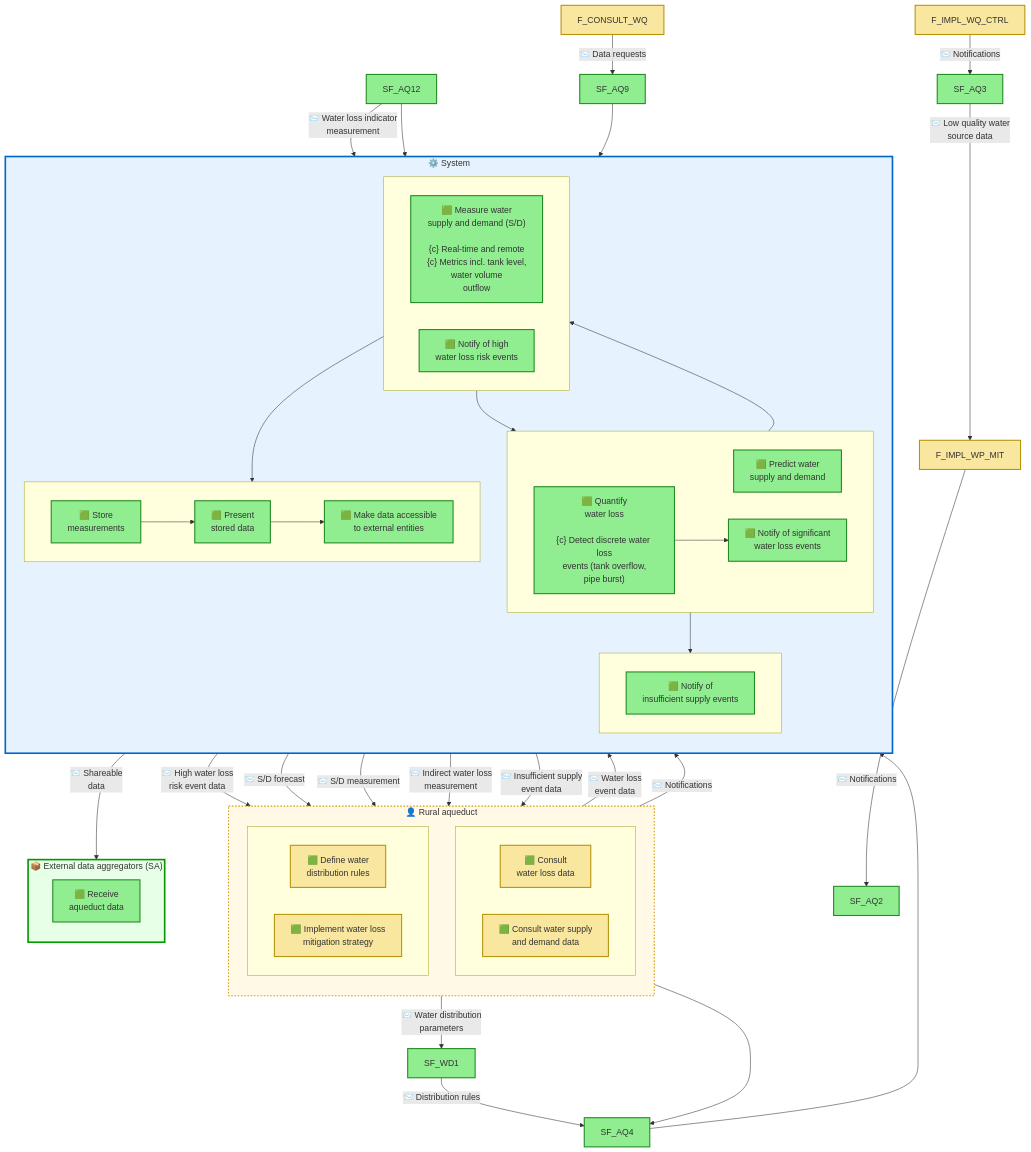
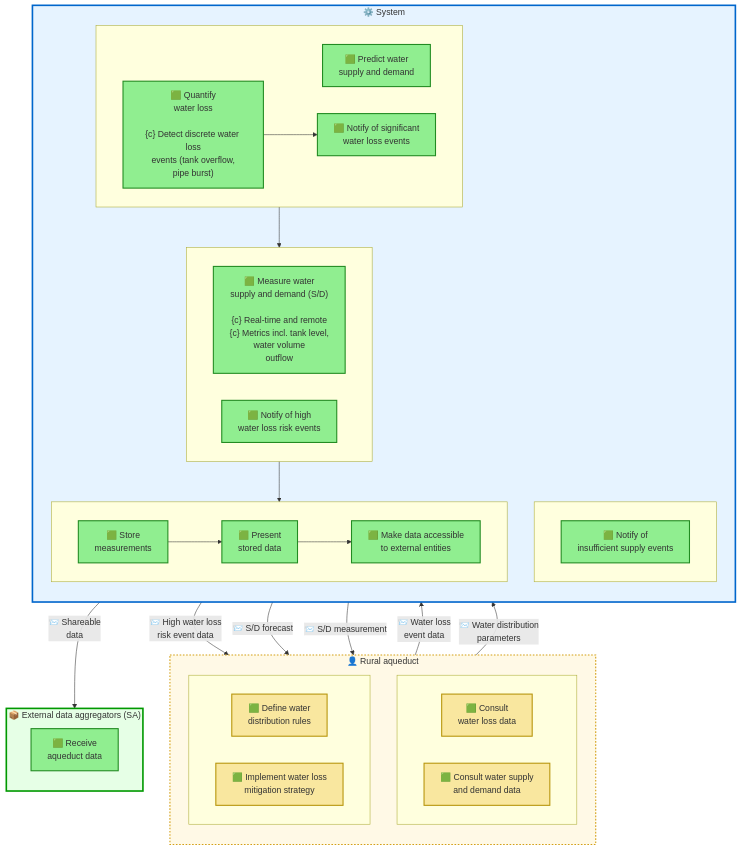
The diagram in se/system_architecture.mmd (DeltaLabo/ASADA_Paso_Ancho), drawn with Mermaid before and after one commit. The commit also changed 1 other file, not shown here.

```diff
--- a/se/system_architecture.mmd
+++ b/se/system_architecture.mmd
@@ -1,101 +1,81 @@
 flowchart TB
     subgraph RuralAqueductActors["👤 Rural aqueduct"]
         direction TB
         
         subgraph ActorRow1[" "]
             direction LR
             F_CONSULT_WL["🟩 Consult<br/>water loss data"]
             F_CONSULT_SD["🟩 Consult water supply<br/>and demand data"]
         end
         
         subgraph ActorRow2[" "]
             direction LR
             F_DEF_DIST["🟩 Define water<br/>distribution rules"]
             F_IMPL_WL_MIT["🟩 Implement water loss<br/>mitigation strategy"]
         end
     end
 
     subgraph ExtDataAgg["📦 External data aggregators (SA)"]
         direction TB
         SF_ED1["🟩 Receive<br/>aqueduct data"]
     end
 
     subgraph RuralAqueductSystem["⚙️ System"]
         direction TB
 
         subgraph Row2[" "]
             direction LR
             SF_AQ5["🟩 Notify of<br/>insufficient supply events"]
         end
 
         subgraph Row3[" "]
             direction LR
             SF_AQ6["🟩 Predict water<br/>supply and demand"]
             SF_AQ7["🟩 Notify of significant<br/>water loss events"]
             SF_AQ8["🟩 Quantify<br/>water loss<br/><br/>{c} Detect discrete water loss<br/>events (tank overflow,<br/>pipe burst)"]
         end
 
         subgraph Row4[" "]
             direction LR
             SF_AQ10["🟩 Measure water<br/>supply and demand (S/D)<br/><br/>{c} Real-time and remote<br/>{c} Metrics incl. tank level,<br/>water volume<br/>outflow"]
             SF_AQ11["🟩 Notify of high<br/>water loss risk events"]
         end
 
         subgraph Row5[" "]
             direction LR
             SF_AQ13["🟩 Make data accessible<br/>to external entities"]
             SF_AQ14["🟩 Present<br/>stored data"]
             SF_AQ15["🟩 Store<br/>measurements"]
         end
     end
 
     %% Actor to System functional exchanges
-    F_CONSULT_WQ -->|"📨 Data requests"| SF_AQ9
-    
-    F_IMPL_WQ_CTRL -->|"📨 Notifications"| SF_AQ3
-    
     F_CONSULT_WL -->|"📨 Water loss<br/>event data"| SF_AQ8
     SF_AQ8 -->|"📨 High water loss<br/>risk event data"| F_CONSULT_WL
     
-    F_CONSULT_SD -->|"📨 Water distribution<br/>parameters"| SF_WD1
-    SF_WD1 -->|"📨 Distribution rules"| SF_AQ4
+    F_CONSULT_SD -->|"📨 Water distribution<br/>parameters"| SF_AQ6
     SF_AQ6 -->|"📨 S/D forecast"| F_CONSULT_SD
     SF_AQ10 -->|"📨 S/D measurement"| F_CONSULT_SD
-    
-    F_IMPL_WP_MIT -->|"📨 Notifications"| SF_AQ2
-    SF_AQ3 -->|"📨 Low quality water<br/>source data"| F_IMPL_WP_MIT
-
-    F_DEF_DIST --> SF_AQ4
-
-    F_IMPL_WL_MIT -->|"📨 Notifications"| SF_AQ7
-    SF_AQ7 -->|"📨 Indirect water loss<br/>measurement"| F_IMPL_WL_MIT
-    SF_AQ5 -->|"📨 Insufficient supply<br/>event data"| F_IMPL_WL_MIT
 
     %% External data aggregators exchange
     SF_AQ13 -->|"📨 Shareable<br/>data"| SF_ED1
 
     %% Internal System exchanges
     SF_AQ8 --> SF_AQ7
     SF_AQ8 --> SF_AQ11
-    SF_AQ12 -->|"📨 Water loss indicator<br/>measurement"| SF_AQ8
-    SF_AQ12 --> SF_AQ11
-    SF_AQ9 --> SF_AQ15
     SF_AQ10 --> SF_AQ15
     SF_AQ15 --> SF_AQ14
     SF_AQ14 --> SF_AQ13
-    SF_AQ4 --> SF_AQ6
-    SF_AQ6 --> SF_AQ5
-    SF_AQ11 --> SF_AQ7
 
     %% Styling
     classDef actorFunctionClass fill:#f9e79f,stroke:#b7950b,stroke-width:2px
     classDef systemFunctionClass fill:#90ee90,stroke:#228b22,stroke-width:2px
     classDef systemClass fill:#e6f3ff,stroke:#0066cc,stroke-width:3px
     classDef externalClass fill:#e6ffe6,stroke:#009900,stroke-width:3px
     classDef actorContainerClass fill:#fff9e6,stroke:#d4a017,stroke-width:2px,stroke-dasharray: 3 3
 
-    class F_CONSULT_WQ,F_IMPL_WQ_CTRL,F_CONSULT_WL,F_CONSULT_SD,F_IMPL_WQ_STD,F_IMPL_WP_MIT,F_DEF_DIST,F_IMPL_WL_MIT actorFunctionClass
-    class SF_WQ1,SF_ED1,SF_WD1,SF_AQ1,SF_AQ2,SF_AQ3,SF_AQ4,SF_AQ5,SF_AQ6,SF_AQ7,SF_AQ8,SF_AQ9,SF_AQ10,SF_AQ11,SF_AQ12,SF_AQ13,SF_AQ14,SF_AQ15 systemFunctionClass
-    class RuralAqueductSystem,WaterDist,WQEvaluator systemClass
+    class F_CONSULT_WL,F_CONSULT_SD,F_DEF_DIST,F_IMPL_WL_MIT actorFunctionClass
+    class SF_ED1,SF_AQ5,SF_AQ6,SF_AQ7,SF_AQ8,SF_AQ10,SF_AQ11,SF_AQ13,SF_AQ14,SF_AQ15 systemFunctionClass
+    class RuralAqueductSystem systemClass
     class ExtDataAgg externalClass
     class RuralAqueductActors actorContainerClass
```
